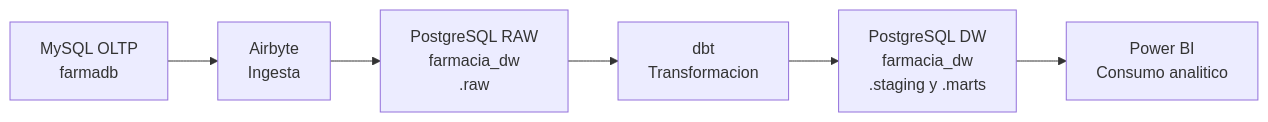
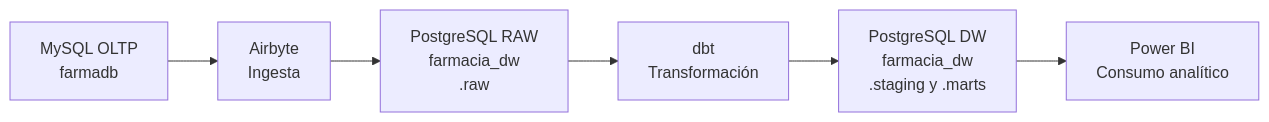
Before and after one commit to 261bi/farmacia-bi: the diagram in README.md, drawn with Mermaid. The commit also changed other lines of this file and 18 other files, not shown here.

````diff
--- a/README.md
+++ b/README.md
@@ -13,8 +13,8 @@
 ```mermaid
 flowchart LR
     A[MySQL OLTP<br/>farmadb] --> B[Airbyte<br/>Ingesta]
     B --> C[PostgreSQL RAW<br/>farmacia_dw<br/>.raw]
-    C --> D[dbt<br/>Transformacion]
+    C --> D[dbt<br/>Transformación]
     D --> E[PostgreSQL DW<br/>farmacia_dw<br/>.staging y .marts]
-    E --> F[Power BI<br/>Consumo analitico]
+    E --> F[Power BI<br/>Consumo analítico]
 ```
````
